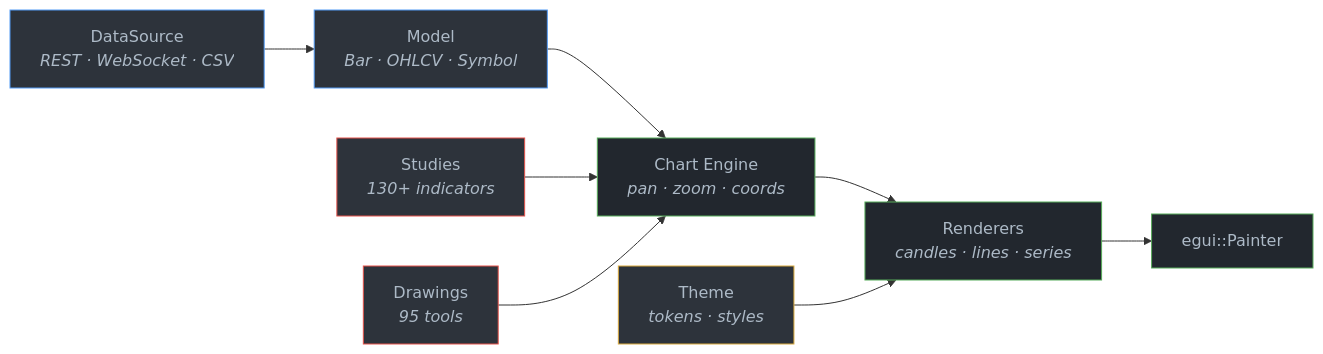
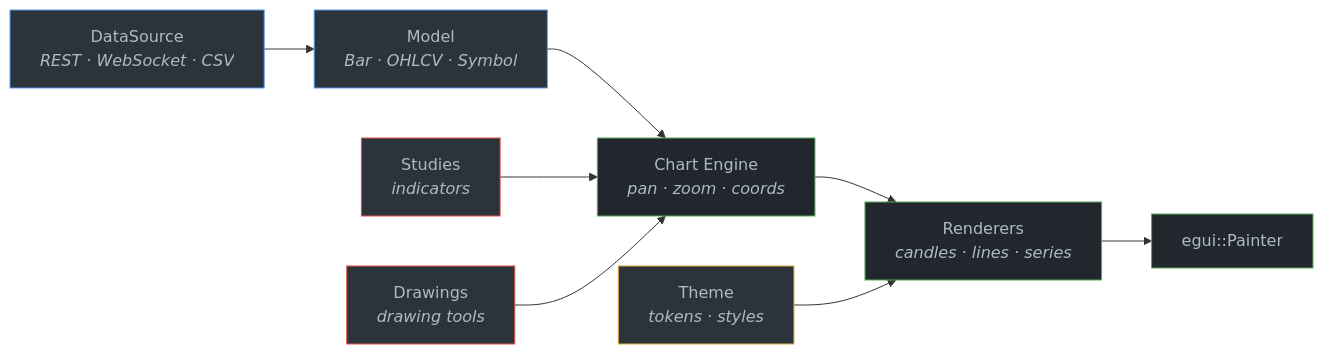
The diagram in README.md (userFRM/egui-charts), drawn with Mermaid before and after one commit. The commit also changed other lines of this file and 39 other files, not shown here.

````diff
--- a/README.md
+++ b/README.md
@@ -37,19 +37,19 @@
 ```mermaid
 graph LR
     A["DataSource<br/><i>REST · WebSocket · CSV</i>"] --> B["Model<br/><i>Bar · OHLCV · Symbol</i>"]
     B --> C["Chart Engine<br/><i>pan · zoom · coords</i>"]
     C --> D["Renderers<br/><i>candles · lines · series</i>"]
     D --> E["egui::Painter"]
-    F["Studies<br/><i>130+ indicators</i>"] --> C
-    G["Drawings<br/><i>95 tools</i>"] --> C
+    F["Studies<br/><i>indicators</i>"] --> C
+    G["Drawings<br/><i>drawing tools</i>"] --> C
     H["Theme<br/><i>tokens · styles</i>"] --> D
 
     style A fill:#2d333b,stroke:#539bf5,color:#adbac7
     style B fill:#2d333b,stroke:#539bf5,color:#adbac7
     style C fill:#22272e,stroke:#57ab5a,color:#adbac7
     style D fill:#22272e,stroke:#57ab5a,color:#adbac7
     style E fill:#22272e,stroke:#57ab5a,color:#adbac7
     style F fill:#2d333b,stroke:#e5534b,color:#adbac7
     style G fill:#2d333b,stroke:#e5534b,color:#adbac7
     style H fill:#2d333b,stroke:#daaa3f,color:#adbac7
 ```
````
